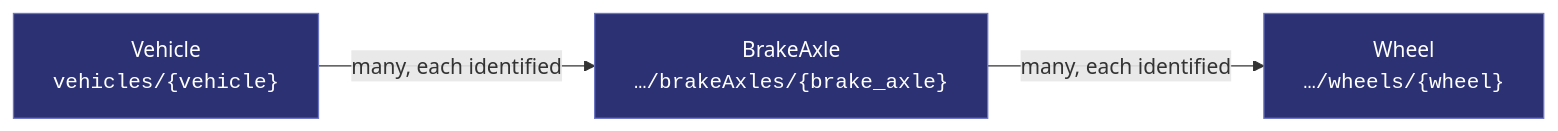
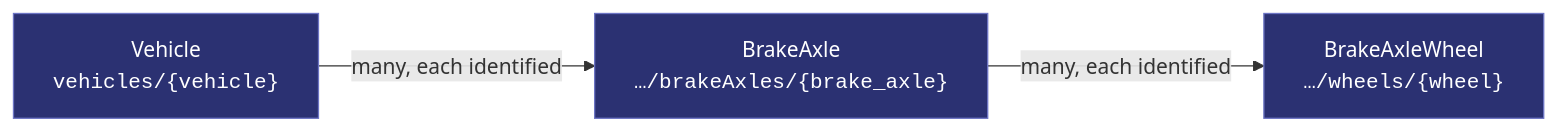
The first of 4 diagrams in protobuf/covesa/vss/motion/brake_axle/README.md (oh-tarnished/coversa-protobuf), drawn with Mermaid before and after one commit. The commit also changed 40 other files, not shown here.

First line of the commit message:
feat: Introduce BrakeAxleWheel and ChassisAxleWheel schemas

````diff
--- a/protobuf/covesa/vss/motion/brake_axle/README.md
+++ b/protobuf/covesa/vss/motion/brake_axle/README.md
@@ -18,13 +18,13 @@
 ```mermaid
 flowchart LR
   P["Vehicle<br/><code>vehicles/{vehicle}</code>"]
   R["BrakeAxle<br/><code>…/brakeAxles/{brake_axle}</code>"]
-  C0["Wheel<br/><code>…/wheels/{wheel}</code>"]
+  C0["BrakeAxleWheel<br/><code>…/wheels/{wheel}</code>"]
 
   P -->|"many, each identified"| R
   R -->|"many, each identified"| C0
 
   classDef res fill:#2B3172,stroke:#6C74C4,color:#fff;
   classDef emb fill:#1d2440,stroke:#4a5178,color:#cfd4ea;
   class R,P,C0 res;
 ```
````
